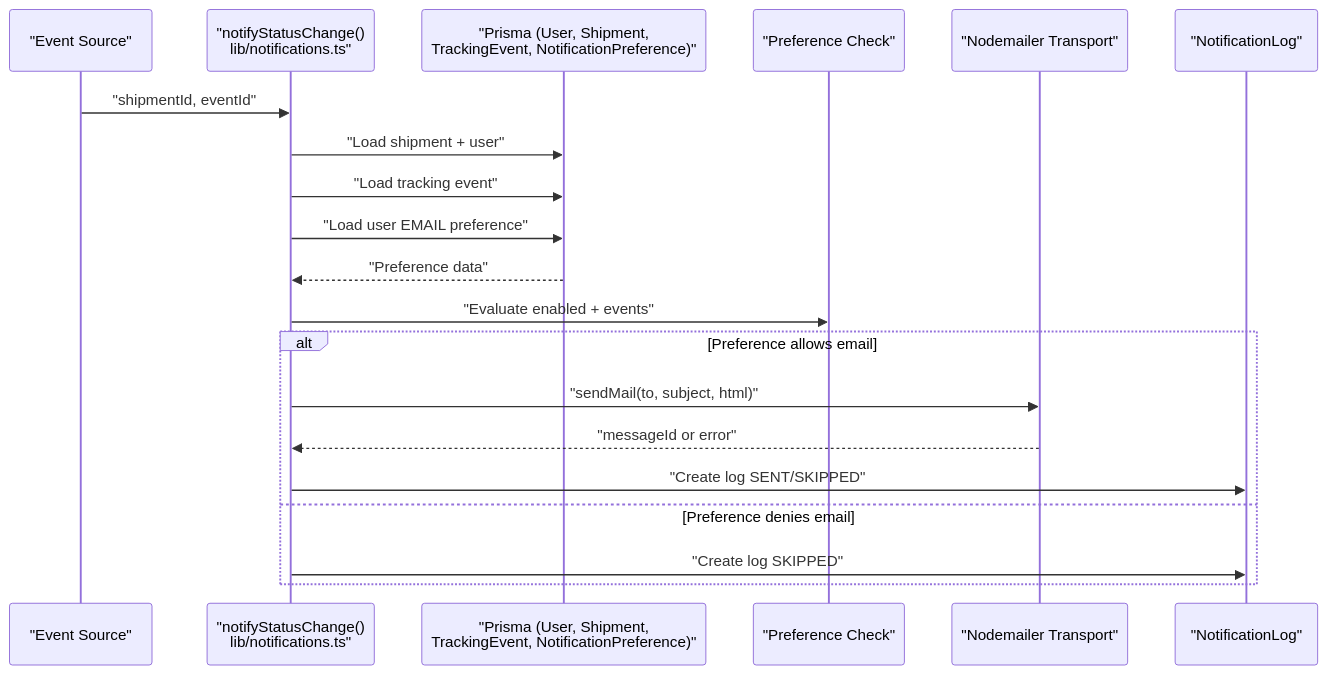
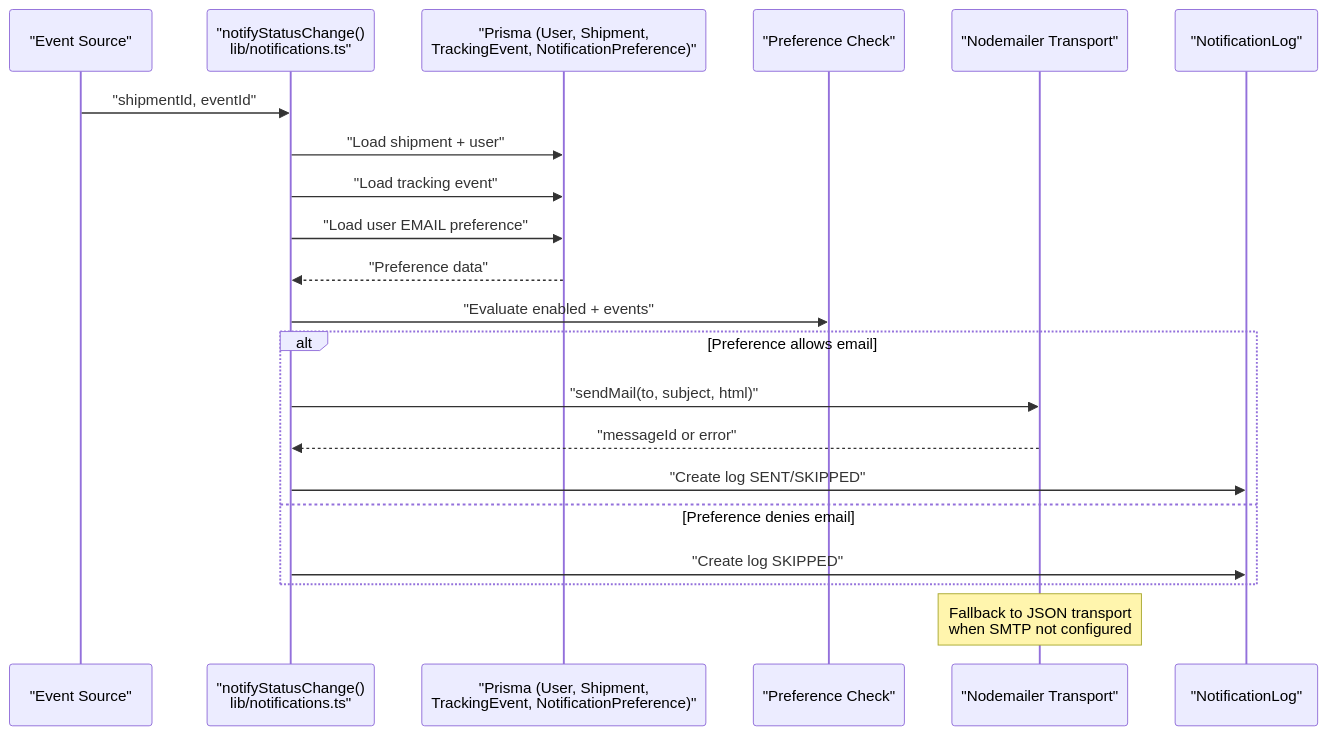
Before and after one commit to gyamposudodzi/Timberland: the second of 6 diagrams in .qoder/repowiki/en/content/Notification System.md, drawn with Mermaid. The commit also changed other lines of this file and 87 other files, not shown here.

````diff
--- a/.qoder/repowiki/en/content/Notification System.md
+++ b/.qoder/repowiki/en/content/Notification System.md
@@ -105,22 +130,23 @@
 ```mermaid
 sequenceDiagram
 participant Event as "Event Source"
 participant Notify as "notifyStatusChange()<br/>lib/notiﬁcations.ts"
 participant DB as "Prisma (User, Shipment,<br/>TrackingEvent, NotificationPreference)"
 participant Pref as "Preference Check"
 participant Mailer as "Nodemailer Transport"
 participant Log as "NotificationLog"
 Event->>Notify : "shipmentId, eventId"
 Notify->>DB : "Load shipment + user"
 Notify->>DB : "Load tracking event"
 Notify->>DB : "Load user EMAIL preference"
 DB-->>Notify : "Preference data"
 Notify->>Pref : "Evaluate enabled + events"
 alt Preference allows email
 Notify->>Mailer : "sendMail(to, subject, html)"
 Mailer-->>Notify : "messageId or error"
 Notify->>Log : "Create log SENT/SKIPPED"
 else Preference denies email
 Notify->>Log : "Create log SKIPPED"
 end
+Note over Mailer : Fallback to JSON transport<br/>when SMTP not configured
 ```
````
